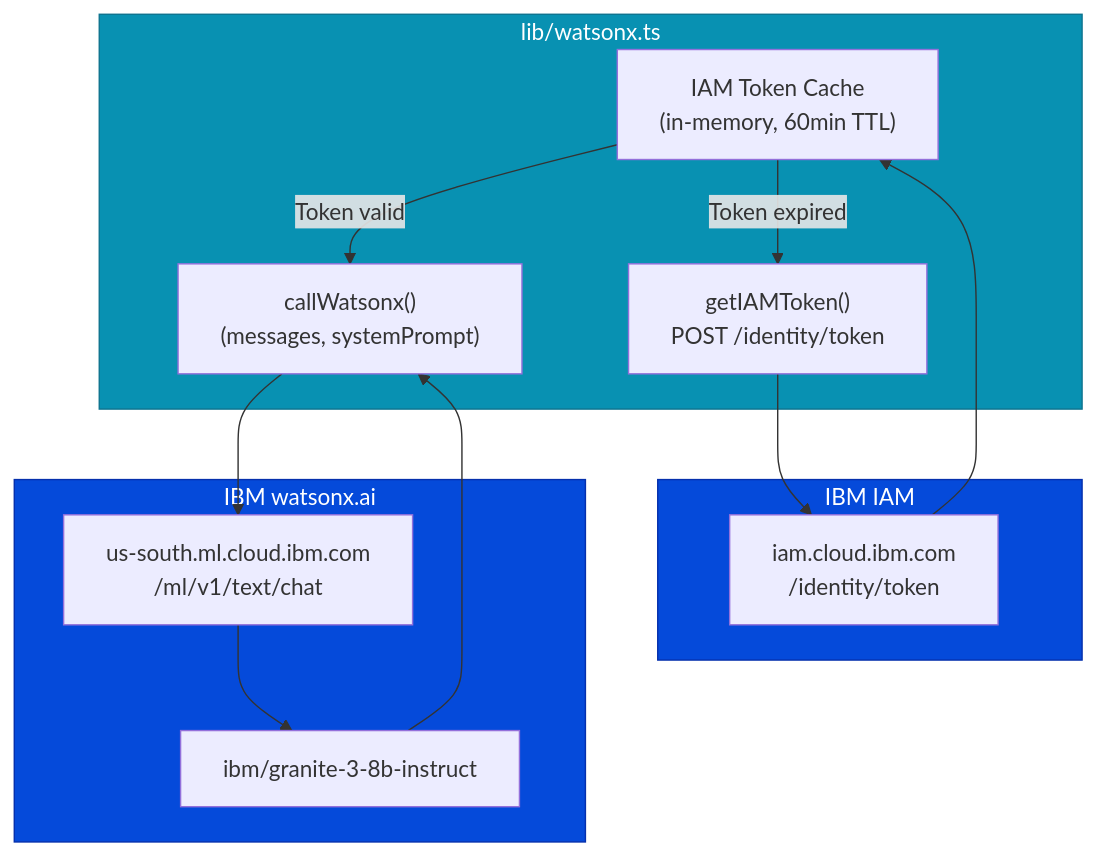
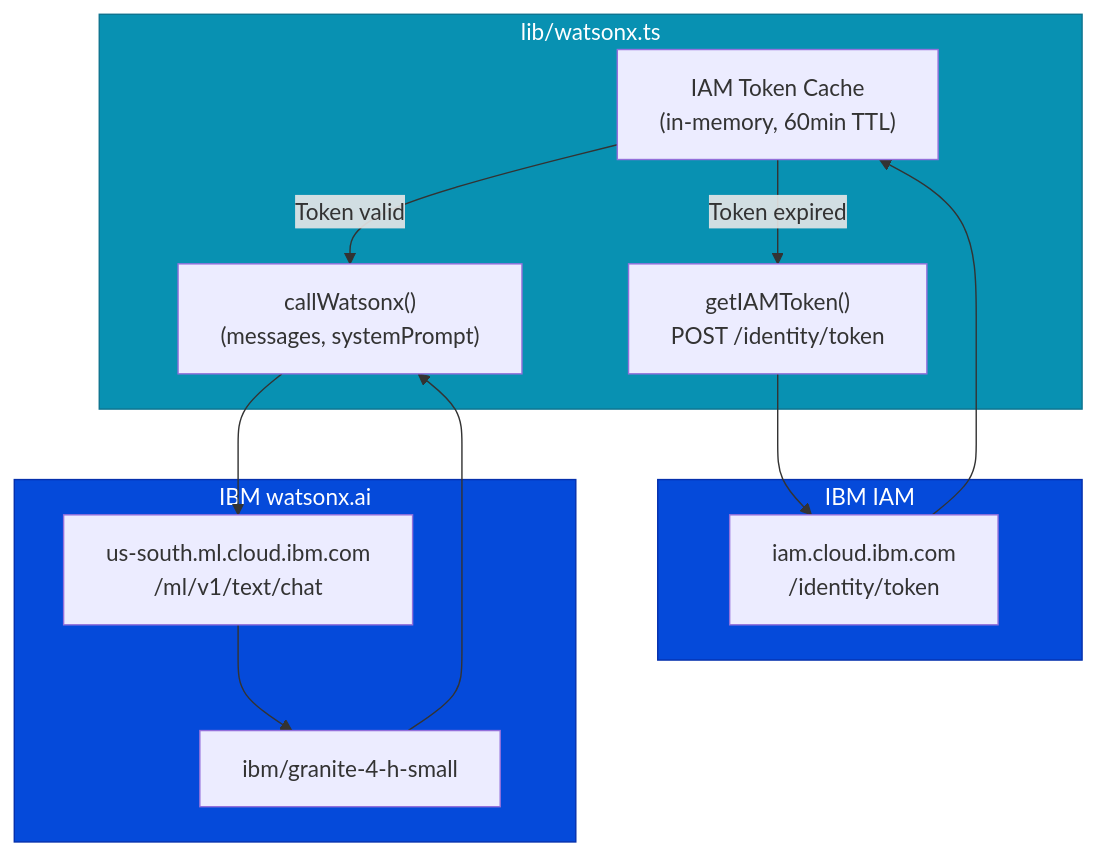
Diagram 21 of 21 in ARCHITECTURE.md (arcxteam/IBM-Bob-Code), drawn with Mermaid before and after one commit. The commit also changed other lines of this file and 25 other files, not shown here.

````diff
--- a/ARCHITECTURE.md
+++ b/ARCHITECTURE.md
@@ -969,29 +1013,29 @@
 ```mermaid
 graph TB
     subgraph lib_watsonx ["lib/watsonx.ts"]
         Cache["IAM Token Cache<br/>(in-memory, 60min TTL)"]
         GetToken["getIAMToken()<br/>POST /identity/token"]
         CallWX["callWatsonx()<br/>(messages, systemPrompt)"]
     end
 
     subgraph IBM_IAM ["IBM IAM"]
         IAMEP["iam.cloud.ibm.com<br/>/identity/token"]
     end
 
     subgraph IBM_WXAI ["IBM watsonx.ai"]
         ChatEP["us-south.ml.cloud.ibm.com<br/>/ml/v1/text/chat"]
-        Granite["ibm/granite-3-8b-instruct"]
+        Granite["ibm/granite-4-h-small"]
     end
 
     Cache -->|Token valid| CallWX
     Cache -->|Token expired| GetToken
     GetToken --> IAMEP
     IAMEP --> Cache
     CallWX --> ChatEP
     ChatEP --> Granite
     Granite --> CallWX
 
     style lib_watsonx fill:#0891b2,stroke:#0e7490,color:#fff
     style IBM_IAM fill:#054ADA,stroke:#0530AD,color:#fff
     style IBM_WXAI fill:#054ADA,stroke:#0530AD,color:#fff
 ```
````
